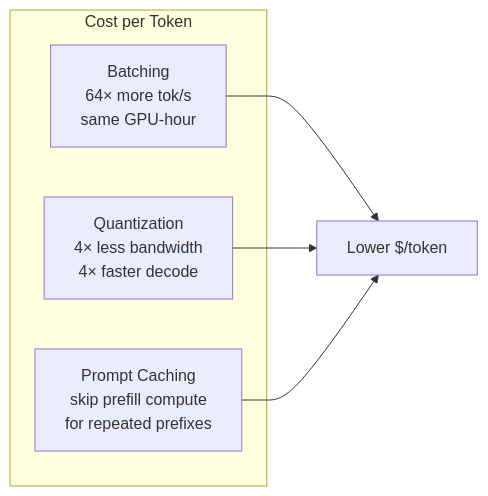
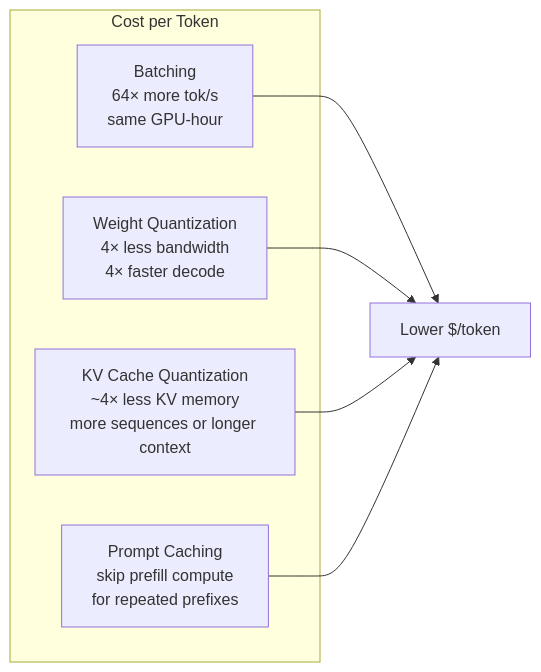
The seventh of 15 diagrams in docs/production-considerations.md (JonCooperWorks/rLLM), drawn with Mermaid before and after one commit. The commit also changed other lines of this file, not shown here.

````diff
--- a/docs/production-considerations.md
+++ b/docs/production-considerations.md
@@ -217,12 +217,14 @@
 ```mermaid
 graph LR
     subgraph Levers["Cost per Token"]
         B["Batching<br/>64× more tok/s<br/>same GPU-hour"]
-        Q["Quantization<br/>4× less bandwidth<br/>4× faster decode"]
+        Q["Weight Quantization<br/>4× less bandwidth<br/>4× faster decode"]
+        KV["KV Cache Quantization<br/>~4× less KV memory<br/>more sequences or longer context"]
         C["Prompt Caching<br/>skip prefill compute<br/>for repeated prefixes"]
     end
 
     B --> Low["Lower $/token"]
     Q --> Low
+    KV --> Low
     C --> Low
 ```
````
